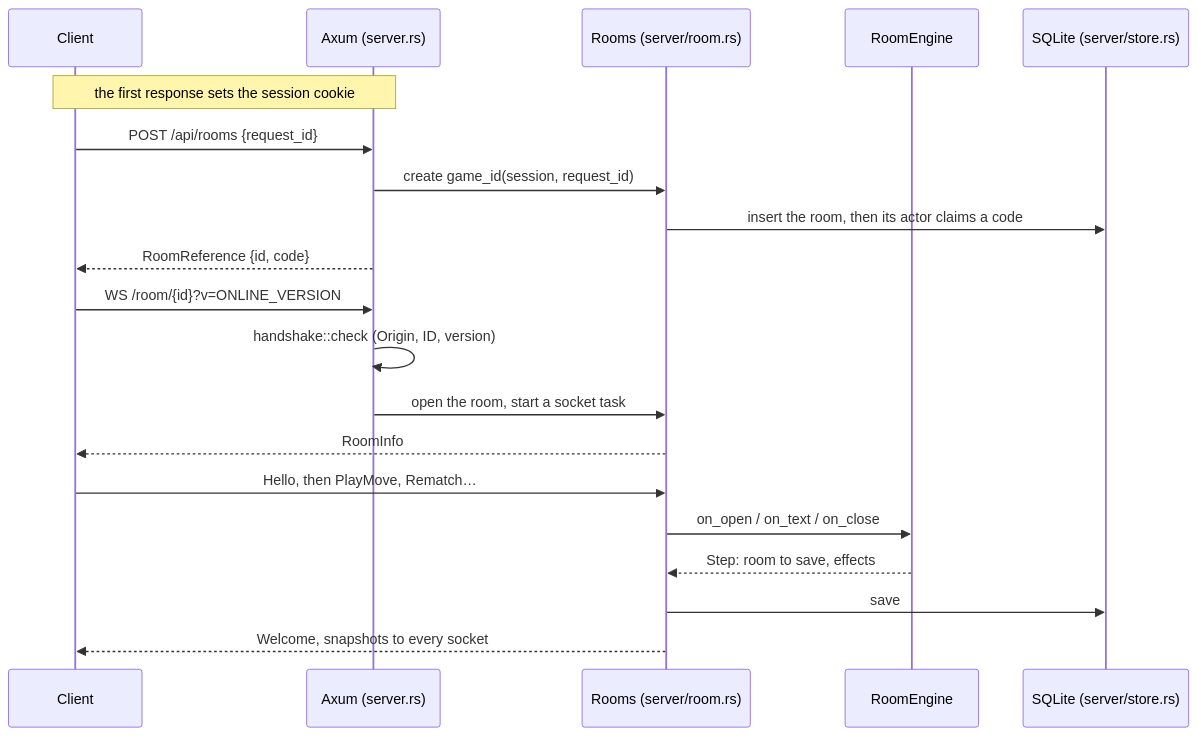
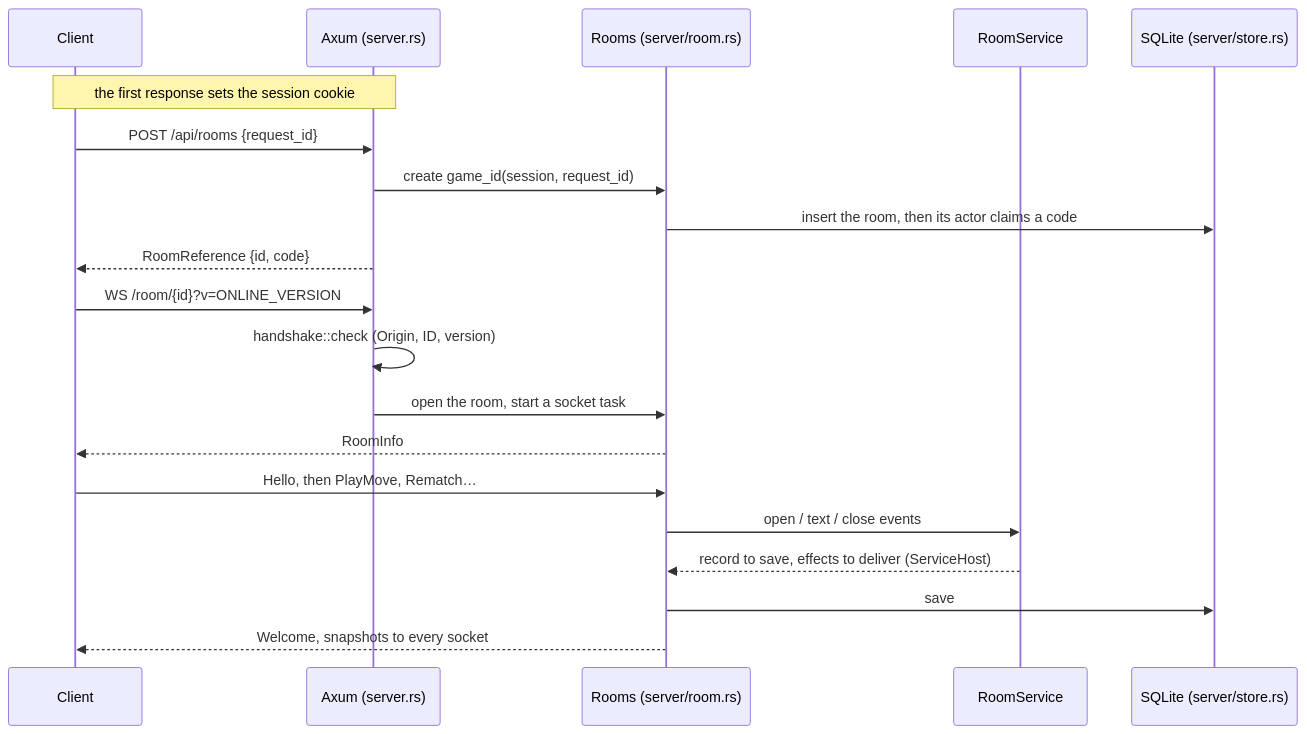
The third of 5 diagrams in doc/architecture.md (LouisDISPA/tantrix-game), drawn with Mermaid before and after one commit. The commit also changed other lines of this file and 1 other file, not shown here.

Commit message:
docs: describe RoomService in the architecture overview and drop the duplicated rules list

````diff
--- a/doc/architecture.md
+++ b/doc/architecture.md
@@ -89,22 +91,22 @@
 ```mermaid
 sequenceDiagram
     participant C as Client
     participant S as Axum (server.rs)
     participant R as Rooms (server/room.rs)
-    participant E as RoomEngine
+    participant E as RoomService
     participant DB as SQLite (server/store.rs)
     Note over C,S: the first response sets the session cookie
     C->>S: POST /api/rooms {request_id}
     S->>R: create game_id(session, request_id)
     R->>DB: insert the room, then its actor claims a code
     S-->>C: RoomReference {id, code}
     C->>S: WS /room/{id}?v=ONLINE_VERSION
     S->>S: handshake::check (Origin, ID, version)
     S->>R: open the room, start a socket task
     R-->>C: RoomInfo
     C->>R: Hello, then PlayMove, Rematch…
-    R->>E: on_open / on_text / on_close
-    E-->>R: Step: room to save, effects
+    R->>E: open / text / close events
+    E-->>R: record to save, effects to deliver (ServiceHost)
     R->>DB: save
     R-->>C: Welcome, snapshots to every socket
 ```
````
